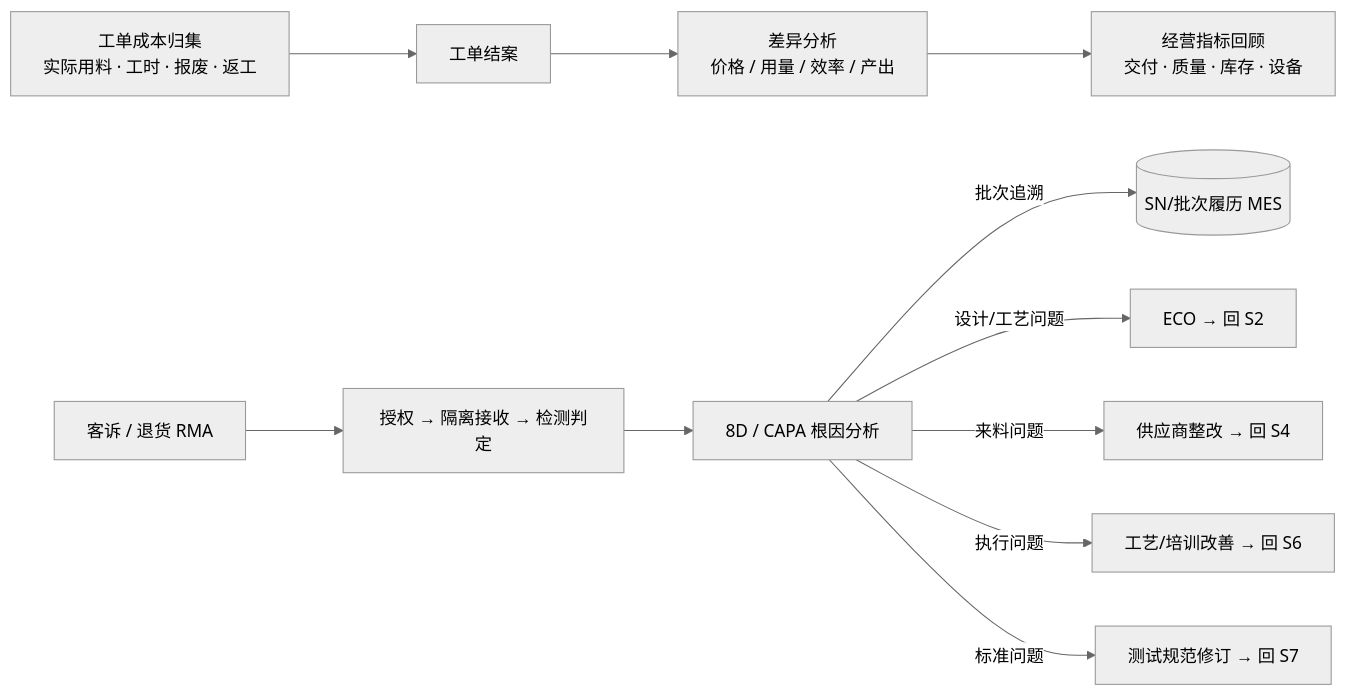
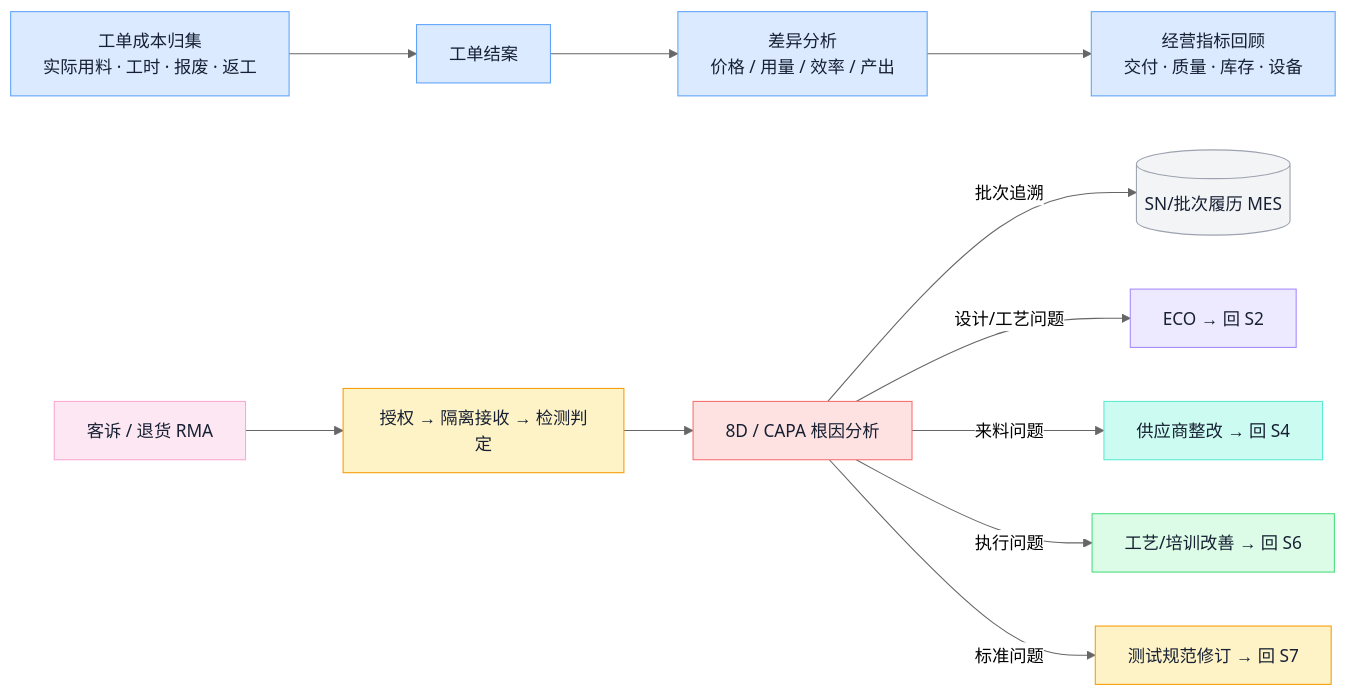
Before and after one commit to ink-hz/AI-Manufacturing-Platform: diagram 14 of 16 in docs/manufacturing-system-handbook.md, drawn with Mermaid (neutral theme). The commit also changed other lines of this file, not shown here.

Commit message:
docs: publish maintained handbook diagram colors

````diff
--- a/docs/manufacturing-system-handbook.md
+++ b/docs/manufacturing-system-handbook.md
@@ -619,13 +760,29 @@
 ```mermaid
 flowchart LR
     A[工单成本归集<br/>实际用料 · 工时 · 报废 · 返工] --> B[工单结案]
     B --> C[差异分析<br/>价格 / 用量 / 效率 / 产出]
     C --> D[经营指标回顾<br/>交付 · 质量 · 库存 · 设备]
     E[客诉 / 退货 RMA] --> F[授权 → 隔离接收 → 检测判定]
     F --> G[8D / CAPA 根因分析]
     G -->|批次追溯| H[(SN/批次履历 MES)]
     G -->|设计/工艺问题| I[ECO → 回 S2]
     G -->|来料问题| J[供应商整改 → 回 S4]
     G -->|执行问题| K[工艺/培训改善 → 回 S6]
     G -->|标准问题| L[测试规范修订 → 回 S7]
+    class A,B,C,D biz
+    class E cust
+    class F,L qa
+    class G risk
+    class H store
+    class I eng
+    class J flow
+    class K exec
+    classDef biz fill:#DBEAFE,stroke:#60A5FA,color:#172033;
+    classDef cust fill:#FCE7F3,stroke:#F9A8D4,color:#172033;
+    classDef qa fill:#FEF3C7,stroke:#F59E0B,color:#172033;
+    classDef risk fill:#FEE2E2,stroke:#F87171,color:#172033;
+    classDef store fill:#F3F4F6,stroke:#9CA3AF,color:#172033;
+    classDef eng fill:#EDE9FE,stroke:#A78BFA,color:#172033;
+    classDef flow fill:#CCFBF1,stroke:#5EEAD4,color:#172033;
+    classDef exec fill:#DCFCE7,stroke:#4ADE80,color:#172033;
 ```
````
